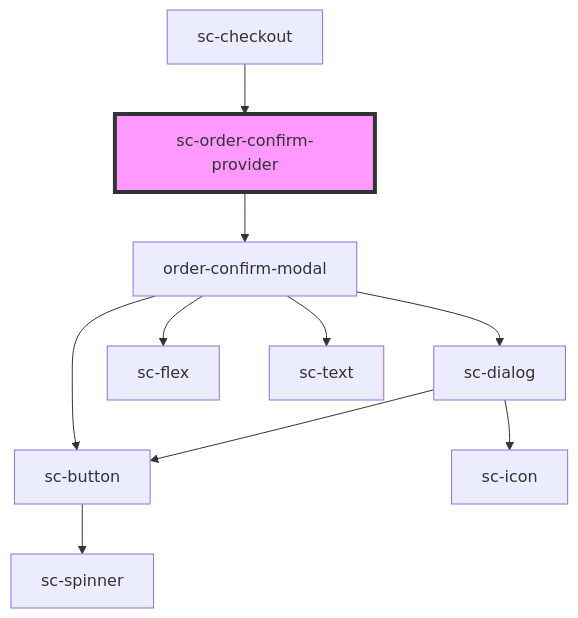
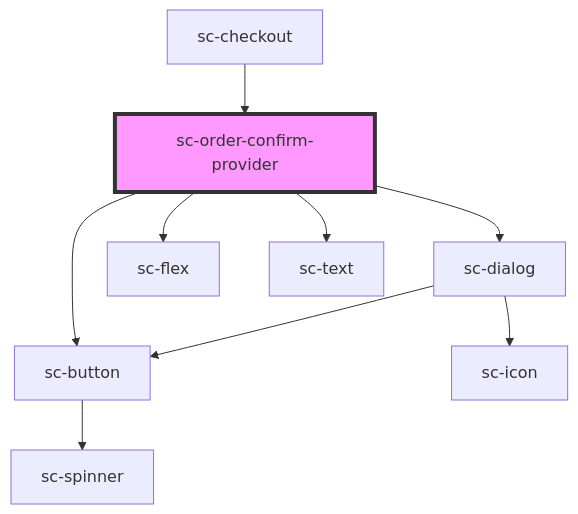
The diagram in packages/components/src/components/providers/order-confirm-provider/readme.md (surecart/surecart-wp-plugin), drawn with Mermaid before and after one commit. The commit also changed other lines of this file and 14 other files, not shown here.

Commit message:
Remove the order confirm modal and use sc-dailog directly in the sc-order-confirm-provider

````diff
--- a/packages/components/src/components/providers/order-confirm-provider/readme.md
+++ b/packages/components/src/components/providers/order-confirm-provider/readme.md
@@ -38,13 +41,12 @@
 ```mermaid
 graph TD;
-  sc-order-confirm-provider --> order-confirm-modal
-  order-confirm-modal --> sc-dialog
-  order-confirm-modal --> sc-flex
-  order-confirm-modal --> sc-text
-  order-confirm-modal --> sc-button
+  sc-order-confirm-provider --> sc-dialog
+  sc-order-confirm-provider --> sc-flex
+  sc-order-confirm-provider --> sc-text
+  sc-order-confirm-provider --> sc-button
   sc-dialog --> sc-button
   sc-dialog --> sc-icon
   sc-button --> sc-spinner
   sc-checkout --> sc-order-confirm-provider
   style sc-order-confirm-provider fill:#f9f,stroke:#333,stroke-width:4px
 ```
````
